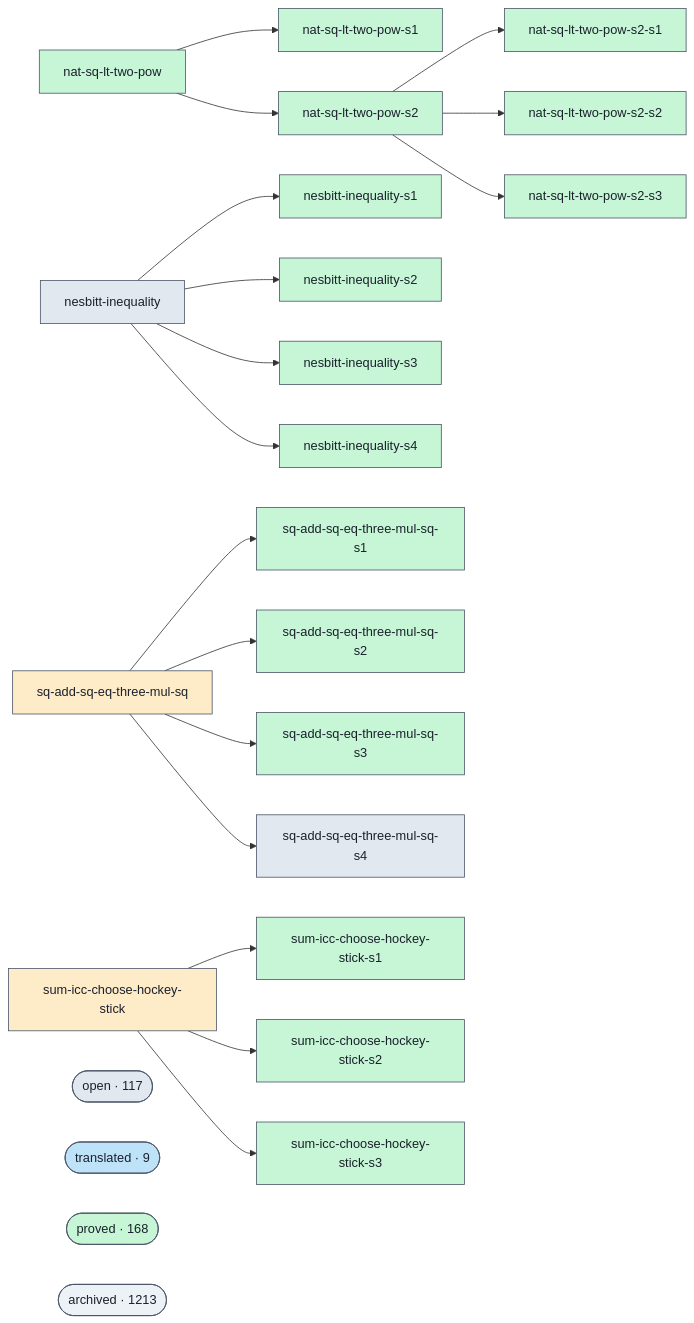
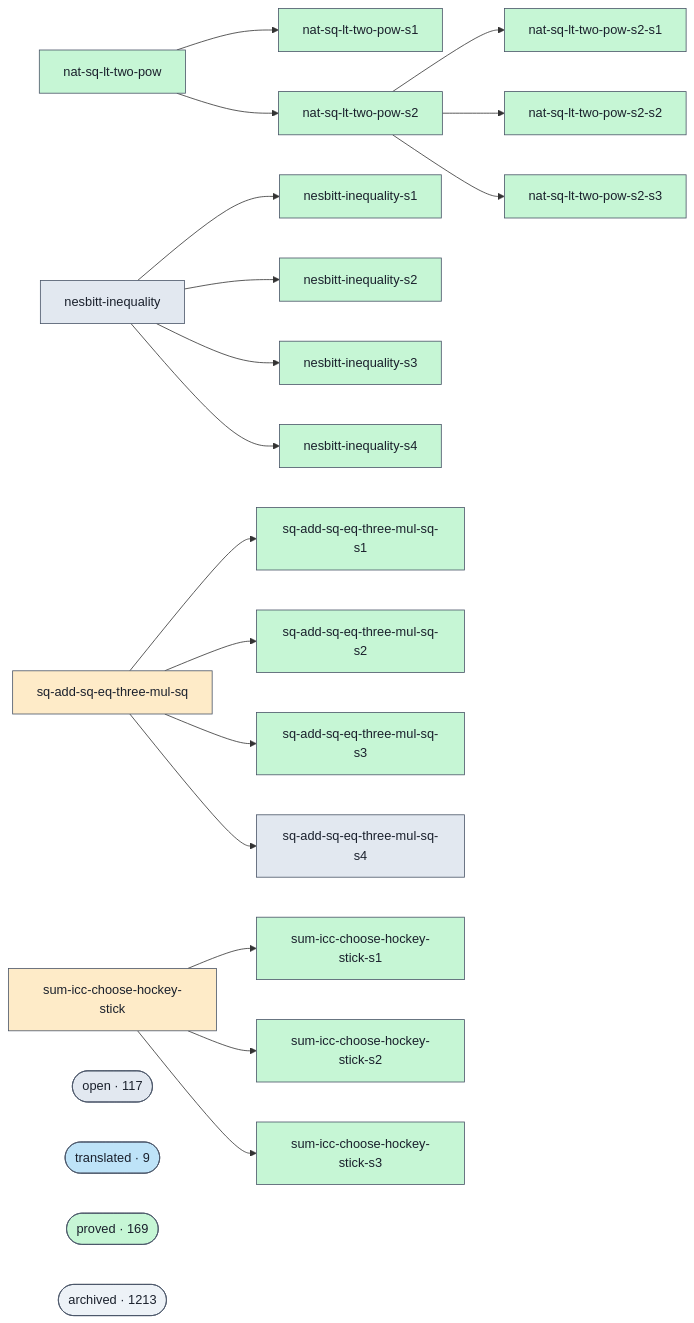
The diagram in docs/proofs-contributors-visualisation.md (Rauxon/unsorry), drawn with Mermaid before and after one commit. The commit also changed other lines of this file and 2 other files, not shown here.

```diff
--- a/docs/proofs-contributors-visualisation.md
+++ b/docs/proofs-contributors-visualisation.md
@@ -102,7 +102,7 @@
   class cluster_open open;
   cluster_translated(["translated · 9"])
   class cluster_translated translated;
-  cluster_proved(["proved · 168"])
+  cluster_proved(["proved · 169"])
   class cluster_proved proved;
   cluster_archived(["archived · 1213"])
   class cluster_archived unknown;
```
